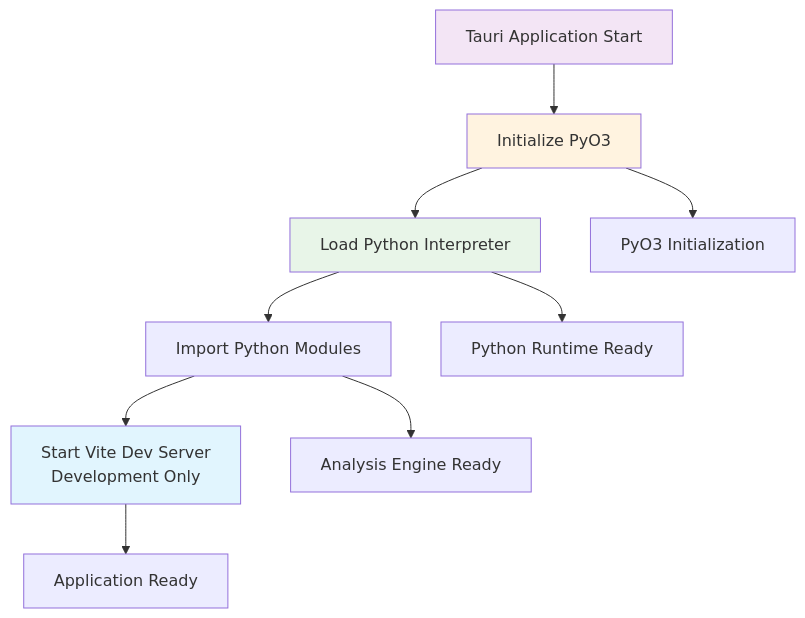
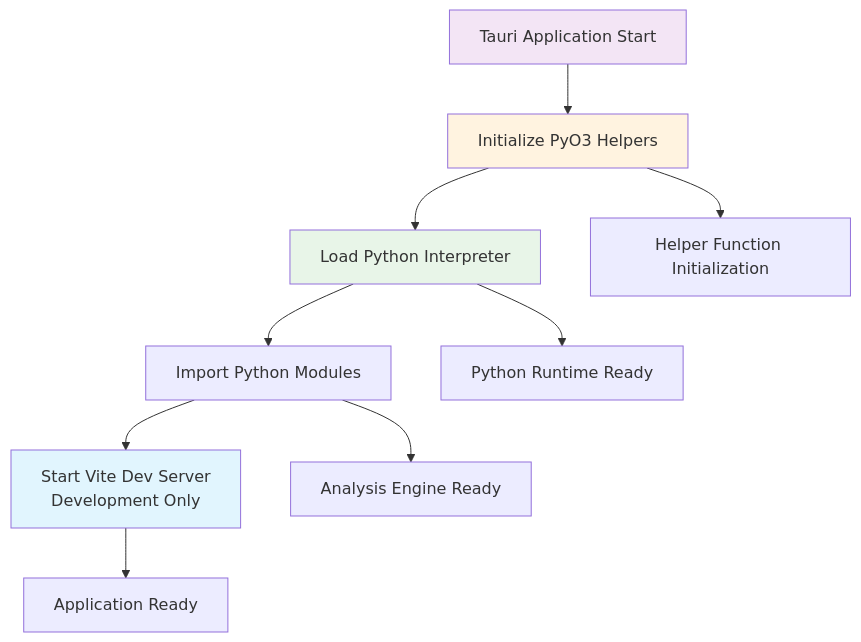
The fourth of 6 diagrams in docs/development/development-architecture.md (boost-edu-tools/gitinspectorgui), drawn with Mermaid before and after one commit. The commit also changed other lines of this file and 19 other files, not shown here.

First line of the commit message:
docs: update architecture from raw PyO3 to simplified helper functions

````diff
--- a/docs/development/development-architecture.md
+++ b/docs/development/development-architecture.md
@@ -134,17 +134,17 @@
 ```mermaid
 graph TD
-    A[Tauri Application Start] --> B[Initialize PyO3]
+    A[Tauri Application Start] --> B[Initialize PyO3 Helpers]
     B --> C[Load Python Interpreter]
     C --> D[Import Python Modules]
     D --> E[Start Vite Dev Server<br/>Development Only]
     E --> F[Application Ready]
 
-    B --> G[PyO3 Initialization]
+    B --> G[Helper Function Initialization]
     C --> H[Python Runtime Ready]
     D --> I[Analysis Engine Ready]
 
     style A fill:#f3e5f5
     style B fill:#fff3e0
     style C fill:#e8f5e8
     style E fill:#e1f5fe
 ```
````
